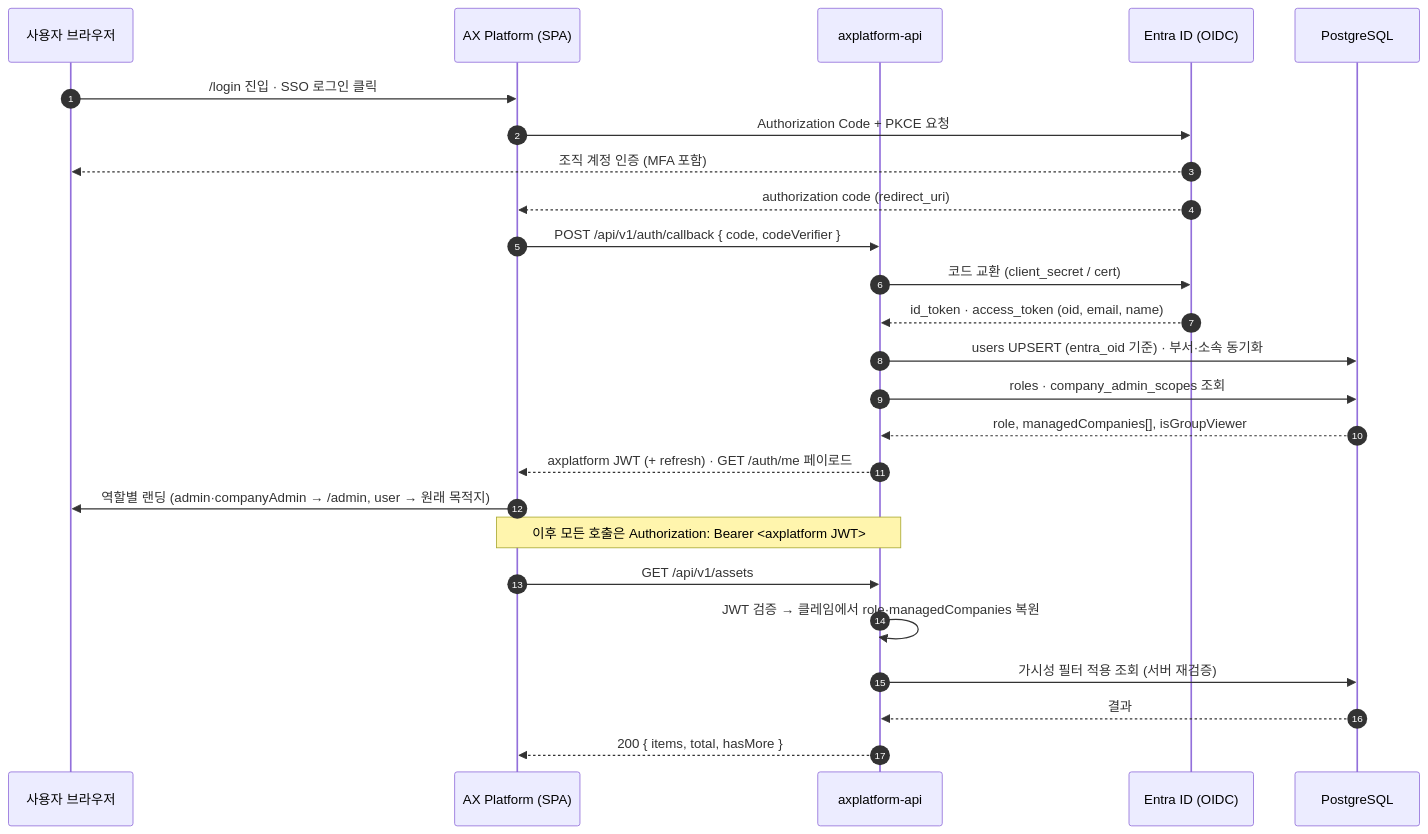
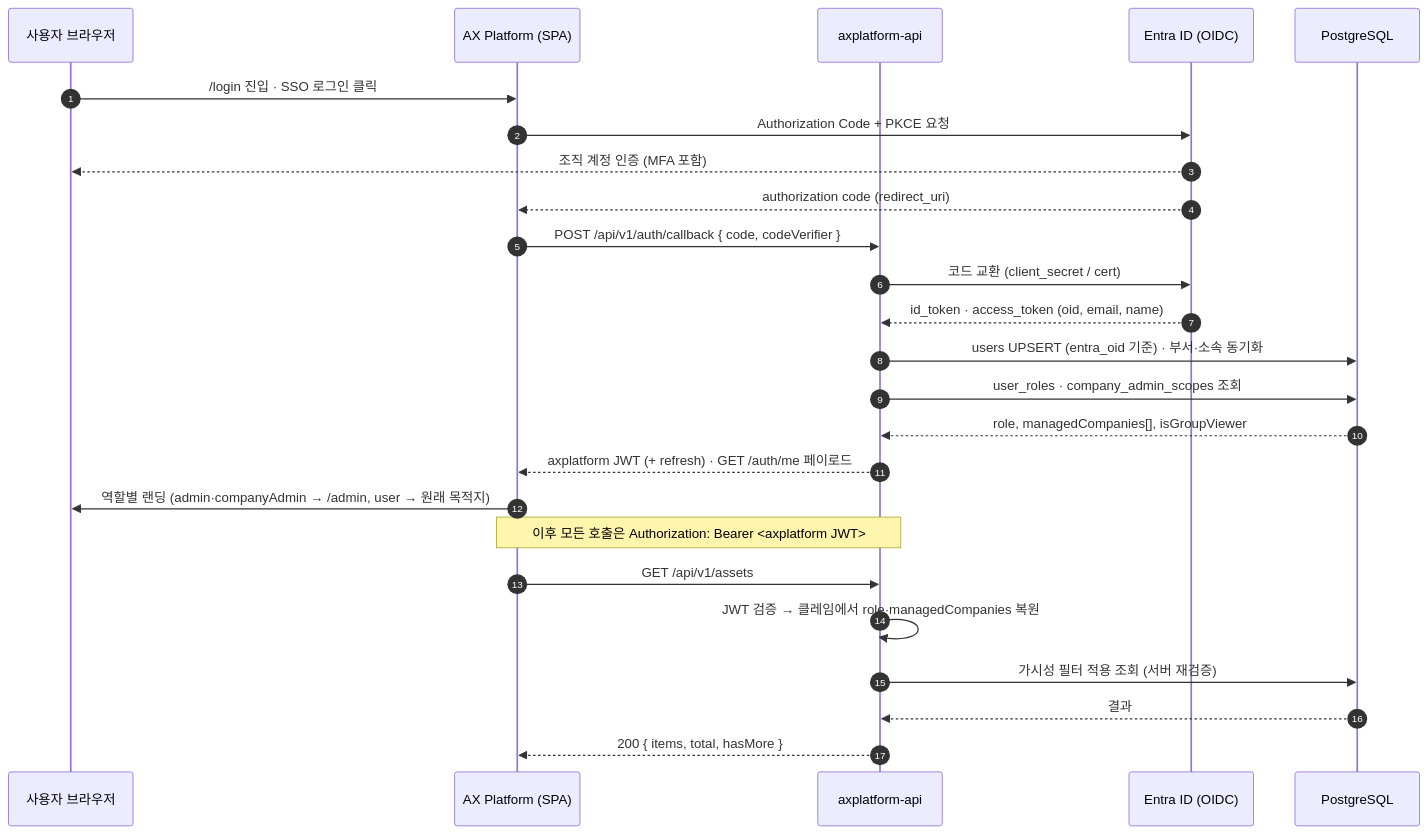
The first of 3 diagrams in axplatform/docs/api-db-spec.md (BaeNerd/Workspace), drawn with Mermaid before and after one commit. The commit also changed other lines of this file and 5 other files, not shown here.

````diff
--- a/axplatform/docs/api-db-spec.md
+++ b/axplatform/docs/api-db-spec.md
@@ -120,29 +121,29 @@
 ```mermaid
 sequenceDiagram
     autonumber
     participant U as 사용자 브라우저
     participant FE as AX Platform (SPA)
     participant API as axplatform-api
     participant ENT as Entra ID (OIDC)
     participant DB as PostgreSQL
 
     U->>FE: /login 진입 · SSO 로그인 클릭
     FE->>ENT: Authorization Code + PKCE 요청
     ENT-->>U: 조직 계정 인증 (MFA 포함)
     ENT-->>FE: authorization code (redirect_uri)
     FE->>API: POST /api/v1/auth/callback { code, codeVerifier }
     API->>ENT: 코드 교환 (client_secret / cert)
     ENT-->>API: id_token · access_token (oid, email, name)
     API->>DB: users UPSERT (entra_oid 기준) · 부서·소속 동기화
-    API->>DB: roles · company_admin_scopes 조회
+    API->>DB: user_roles · company_admin_scopes 조회
     DB-->>API: role, managedCompanies[], isGroupViewer
     API-->>FE: axplatform JWT (+ refresh) · GET /auth/me 페이로드
     FE->>U: 역할별 랜딩 (admin·companyAdmin → /admin, user → 원래 목적지)
 
     Note over FE,API: 이후 모든 호출은 Authorization: Bearer <axplatform JWT>
     FE->>API: GET /api/v1/assets
     API->>API: JWT 검증 → 클레임에서 role·managedCompanies 복원
     API->>DB: 가시성 필터 적용 조회 (서버 재검증)
     DB-->>API: 결과
     API-->>FE: 200 { items, total, hasMore }
 ```
````
